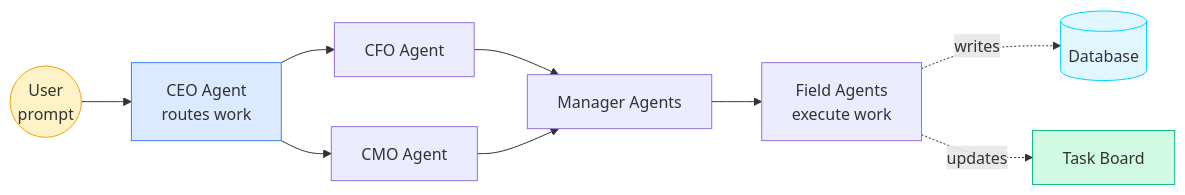
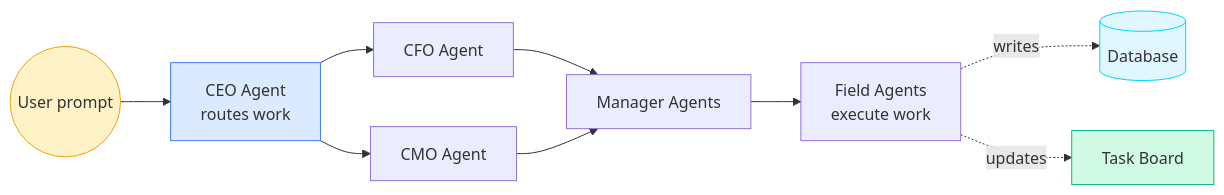
The second of 2 diagrams in context/copy/ai.md (belonsavon-sys/portfolio), drawn with Mermaid before and after one commit. The commit also changed other lines of this file and 4 other files, not shown here.

First line of the commit message:
fix: repair all 11 mermaid diagrams for GitHub rendering

````diff
--- a/context/copy/ai.md
+++ b/context/copy/ai.md
@@ -128,24 +128,25 @@
 ```mermaid
 flowchart LR
-    User((User<br/>prompt))
-    CEO[CEO Agent<br/>routes work]
+    User(("User prompt"))
+    CEO["CEO Agent<br/>routes work"]
     CFO[CFO Agent]
     CMO[CMO Agent]
     Mgr[Manager Agents]
-    Field[Field Agents<br/>execute work]
+    Field["Field Agents<br/>execute work"]
+    DB[(Database)]
+    Tasks[Task Board]
 
     User --> CEO
     CEO --> CFO
     CEO --> CMO
     CFO --> Mgr
     CMO --> Mgr
     Mgr --> Field
-
-    Field -.writes.-> DB[(Database)]
-    Field -.updates.-> Tasks[Task Board]
+    Field -.->|writes| DB
+    Field -.->|updates| Tasks
 
     style User fill:#fef3c7,stroke:#f59e0b
     style CEO fill:#dbeafe,stroke:#3b82f6
     style DB fill:#e0f7ff,stroke:#00d4ff
     style Tasks fill:#d1fae5,stroke:#10b981
 ```
````
